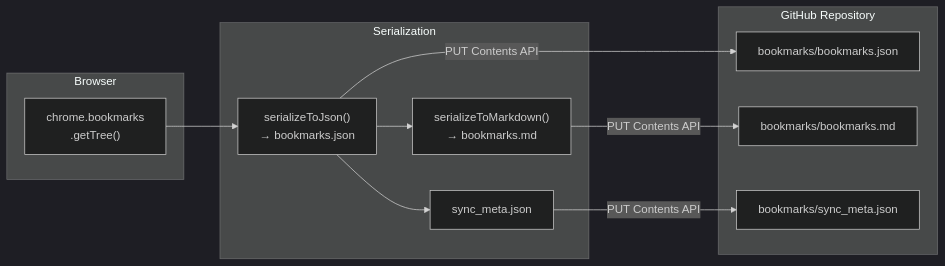
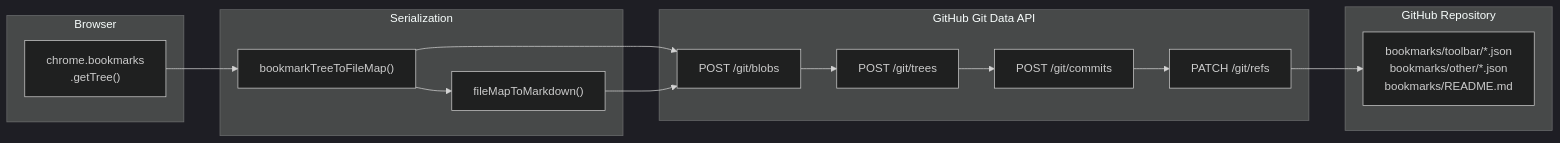
Before and after one commit to d0dg3r/BookHub: the first of 2 diagrams in docs/DATA-FLOW.md, drawn with Mermaid (dark theme). The commit also changed other lines of this file and 18 other files, not shown here.

````diff
--- a/docs/DATA-FLOW.md
+++ b/docs/DATA-FLOW.md
@@ -9,25 +9,31 @@
 ```mermaid
 flowchart LR
     subgraph Browser
         BM["chrome.bookmarks\n.getTree()"]
     end
 
     subgraph Serialization
-        JSON["serializeToJson()\n→ bookmarks.json"]
-        MD["serializeToMarkdown()\n→ bookmarks.md"]
-        META["sync_meta.json"]
+        FM["bookmarkTreeToFileMap()"]
+        MD["fileMapToMarkdown()"]
     end
 
-    subgraph GitHub["GitHub Repository"]
-        GJ["bookmarks/bookmarks.json"]
-        GM["bookmarks/bookmarks.md"]
-        GS["bookmarks/sync_meta.json"]
+    subgraph GitDataAPI["GitHub Git Data API"]
+        Blobs["POST /git/blobs"]
+        Tree["POST /git/trees"]
+        Commit["POST /git/commits"]
+        Ref["PATCH /git/refs"]
     end
 
-    BM --> JSON
-    JSON --> MD
-    JSON --> META
-    JSON -->|"PUT Contents API"| GJ
-    MD -->|"PUT Contents API"| GM
-    META -->|"PUT Contents API"| GS
+    subgraph Repo["GitHub Repository"]
+        Files["bookmarks/toolbar/*.json\nbookmarks/other/*.json\nbookmarks/README.md"]
+    end
+
+    BM --> FM
+    FM --> MD
+    FM --> Blobs
+    MD --> Blobs
+    Blobs --> Tree
+    Tree --> Commit
+    Commit --> Ref
+    Ref --> Files
 ```
````
